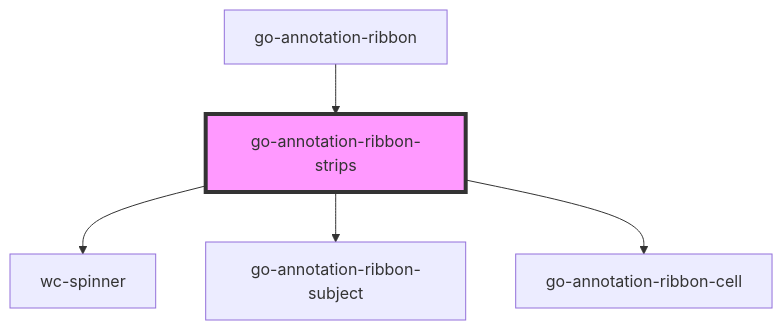
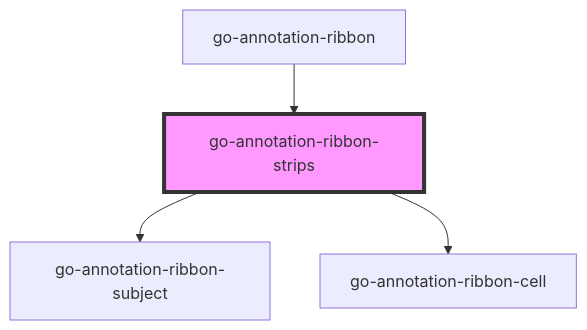
Before and after one commit to geneontology/web-components: the diagram in src/components/annotation-ribbon-strips/readme.md, drawn with Mermaid. The commit also changed other lines of this file and 12 other files, not shown here.

````diff
--- a/src/components/annotation-ribbon-strips/readme.md
+++ b/src/components/annotation-ribbon-strips/readme.md
@@ -85,8 +84,7 @@
 ```mermaid
 graph TD;
-  go-annotation-ribbon-strips --> wc-spinner
   go-annotation-ribbon-strips --> go-annotation-ribbon-subject
   go-annotation-ribbon-strips --> go-annotation-ribbon-cell
   go-annotation-ribbon --> go-annotation-ribbon-strips
   style go-annotation-ribbon-strips fill:#f9f,stroke:#333,stroke-width:4px
 ```
````
